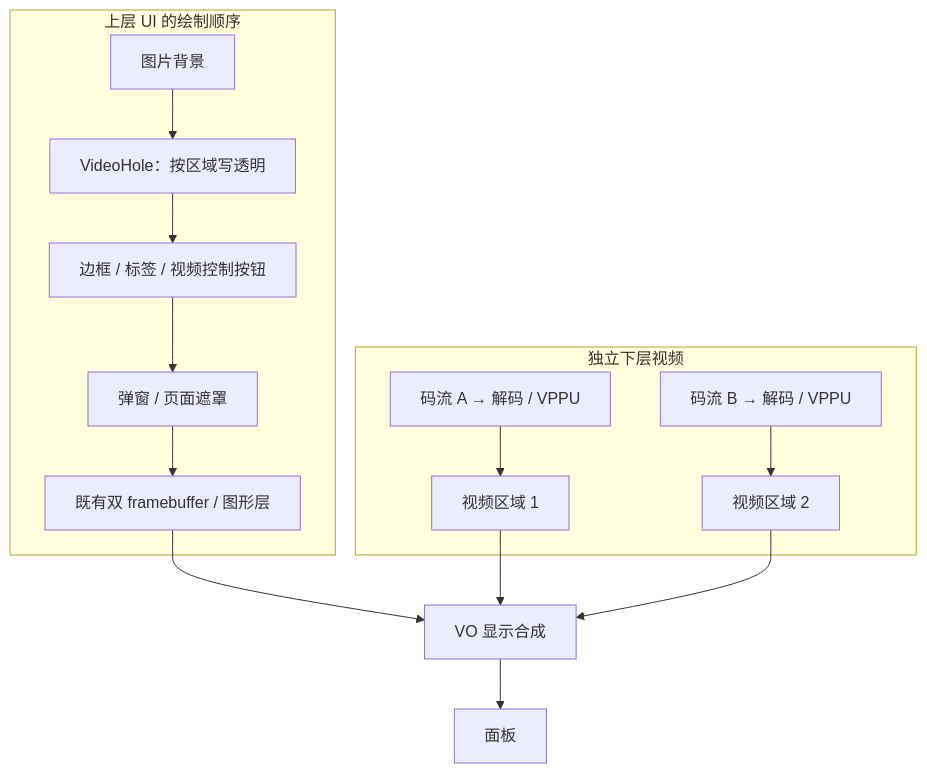
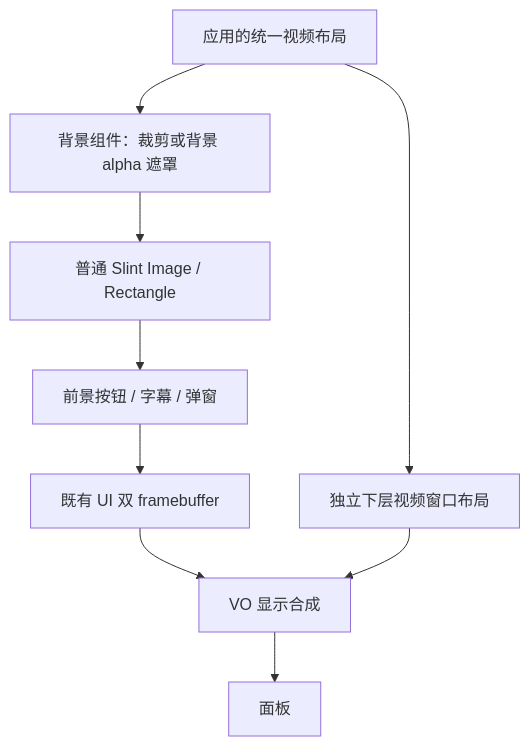
One commit to DiceLoss/slint-bridge-appos-host-review changed the diagram in docs/nx5-video-regions.md. Above: the diagram before and after it, drawn with Mermaid. The commit also changed other lines of this file and 1 other file, not shown here.

Commit message:
Prefer public Slint APIs for video background transparency

````diff
--- a/docs/nx5-video-regions.md
+++ b/docs/nx5-video-regions.md
@@ -18,17 +17,11 @@
 ```mermaid
 flowchart TB
-    subgraph UI[上层 UI 的绘制顺序]
-        B[图片背景] --> H[VideoHole：按区域写透明]
-        H --> F[边框 / 标签 / 视频控制按钮]
-        F --> D[弹窗 / 页面遮罩]
-        D --> G[既有双 framebuffer / 图形层]
-    end
-    subgraph Video[独立下层视频]
-        A[码流 A → 解码 / VPPU] --> V1[视频区域 1]
-        C[码流 B → 解码 / VPPU] --> V2[视频区域 2]
-    end
+    L[应用的统一视频布局] --> B[背景组件：裁剪或背景 alpha 遮罩]
+    L --> V[独立下层视频窗口布局]
+    B --> I[普通 Slint Image / Rectangle]
+    I --> F[前景按钮 / 字幕 / 弹窗]
+    F --> G[既有 UI 双 framebuffer]
     G --> M[VO 显示合成]
-    V1 --> M
-    V2 --> M
+    V --> M
     M --> LCD[面板]
 ```
````
